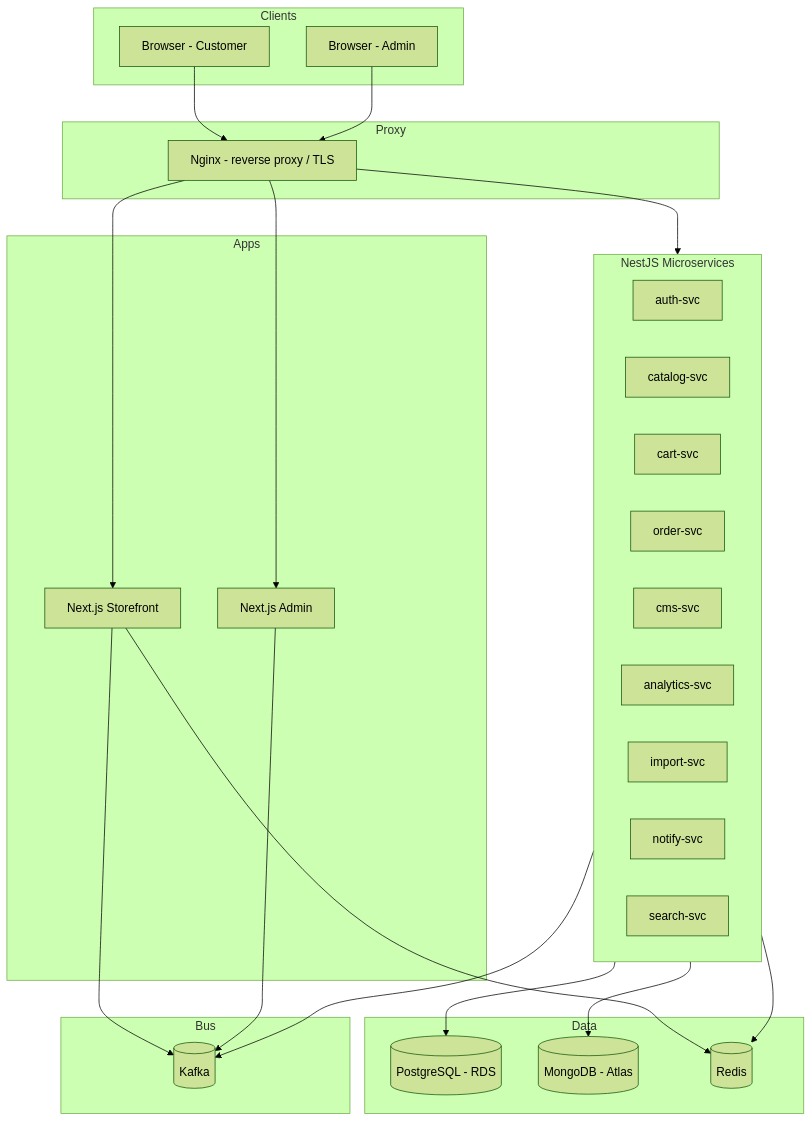
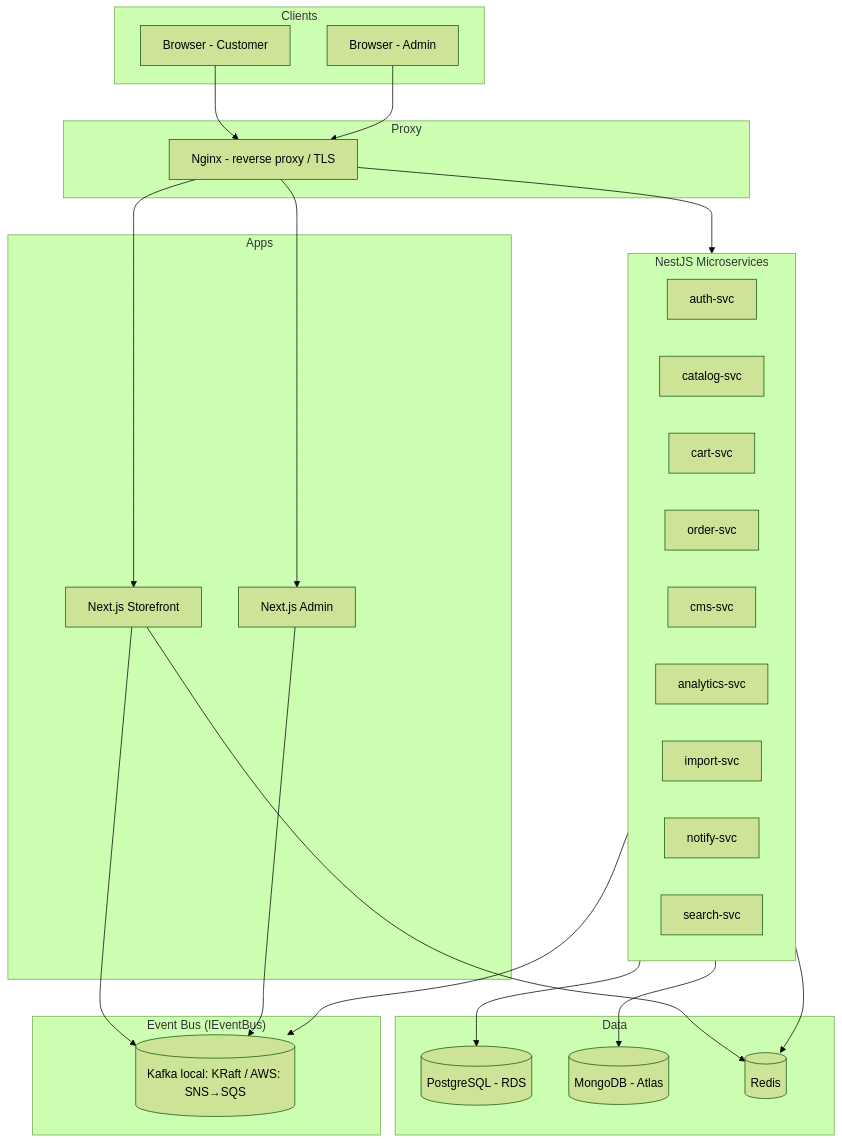
One commit to E-Commerce-BDA/Documentation changed the first of 2 diagrams in 2.Tech-Stack.md. Above: the diagram before and after it, drawn with Mermaid (forest theme). The commit also changed other lines of this file and 5 other files, not shown here.

Commit message:
updating the docs to use AWS' SQS service instead of kafka, to save infra cost

````diff
--- a/2.Tech-Stack.md
+++ b/2.Tech-Stack.md
@@ -11,51 +11,51 @@
 ```mermaid
 flowchart TB
     subgraph Clients
         B[Browser - Customer]
         A[Browser - Admin]
     end
 
     subgraph Proxy
         N[Nginx - reverse proxy / TLS]
     end
 
     subgraph Apps
         SF[Next.js Storefront]
         AD[Next.js Admin]
     end
 
     subgraph Backend["NestJS Microservices"]
         S1[auth-svc]
         S2[catalog-svc]
         S3[cart-svc]
         S4[order-svc]
         S5[cms-svc]
         S6[analytics-svc]
         S7[import-svc]
         S8[notify-svc]
         S9[search-svc]
     end
 
     subgraph Data
         PG[(PostgreSQL - RDS)]
         MO[(MongoDB - Atlas)]
         RD[(Redis)]
     end
 
-    subgraph Bus
-        K[(Kafka)]
+    subgraph Bus["Event Bus (IEventBus)"]
+        K[(Kafka local: KRaft / AWS: SNS→SQS)]
     end
 
     B --> N
     A --> N
     N --> SF
     N --> AD
     N --> Backend
     SF --> K
     AD --> K
     Backend --> K
     Backend --> PG
     Backend --> MO
     SF --> RD
     Backend --> RD
 ```
````
